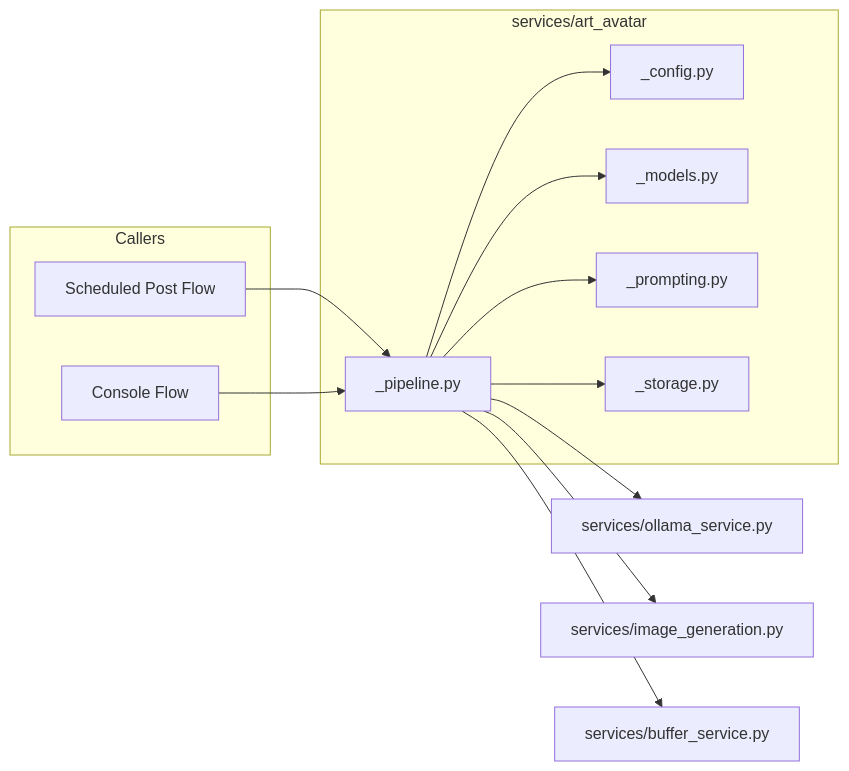
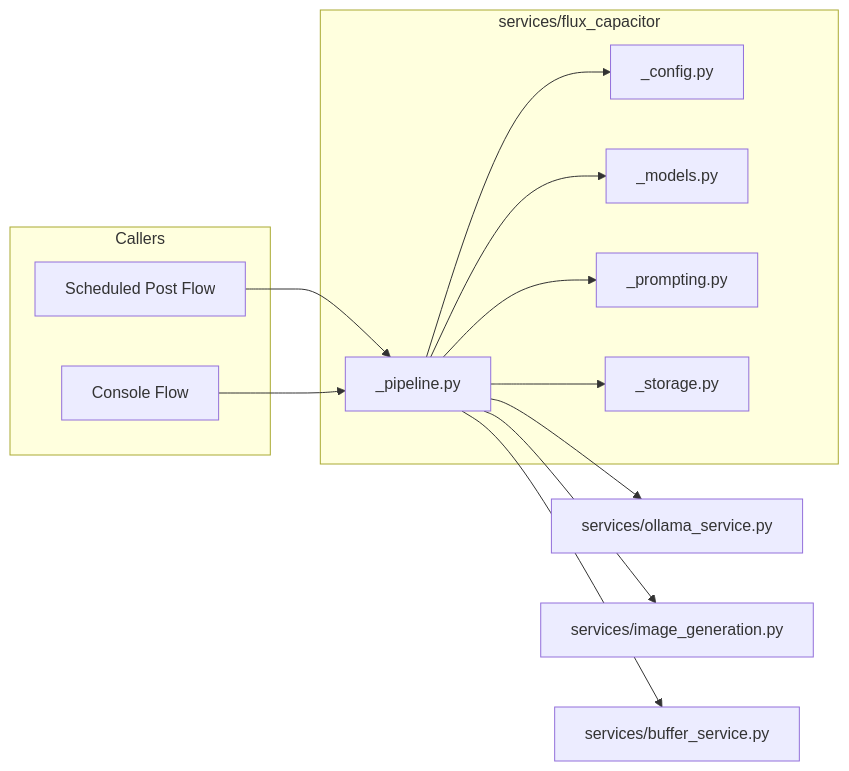
Before and after one commit to samjd-zz/linkedin_ssi_booster: the second of 3 diagrams in docs/features/flux-art-avatar-after-ollama/design.md, drawn with Mermaid. The commit also changed other lines of this file and 2 other files, not shown here.

````diff
--- a/docs/features/flux-art-avatar-after-ollama/design.md
+++ b/docs/features/flux-art-avatar-after-ollama/design.md
@@ -94,29 +94,29 @@
 ```mermaid
 flowchart LR
     subgraph Callers
         Sched[Scheduled Post Flow]
         Cons[Console Flow]
     end
 
-    subgraph ArtAvatar[services/art_avatar]
+    subgraph FluxCapacitor[services/flux_capacitor]
         Cfg[_config.py]
         Models[_models.py]
         Prompt[_prompting.py]
         Pipe[_pipeline.py]
         Store[_storage.py]
     end
 
     OllamaSvc[services/ollama_service.py]
     FluxGen[services/image_generation.py]
     BufferSvc[services/buffer_service.py]
 
     Sched --> Pipe
     Cons --> Pipe
     Pipe --> Prompt
     Pipe --> Models
     Pipe --> Cfg
     Pipe --> Store
     Pipe --> OllamaSvc
     Pipe --> FluxGen
     Pipe --> BufferSvc
 ```
````
